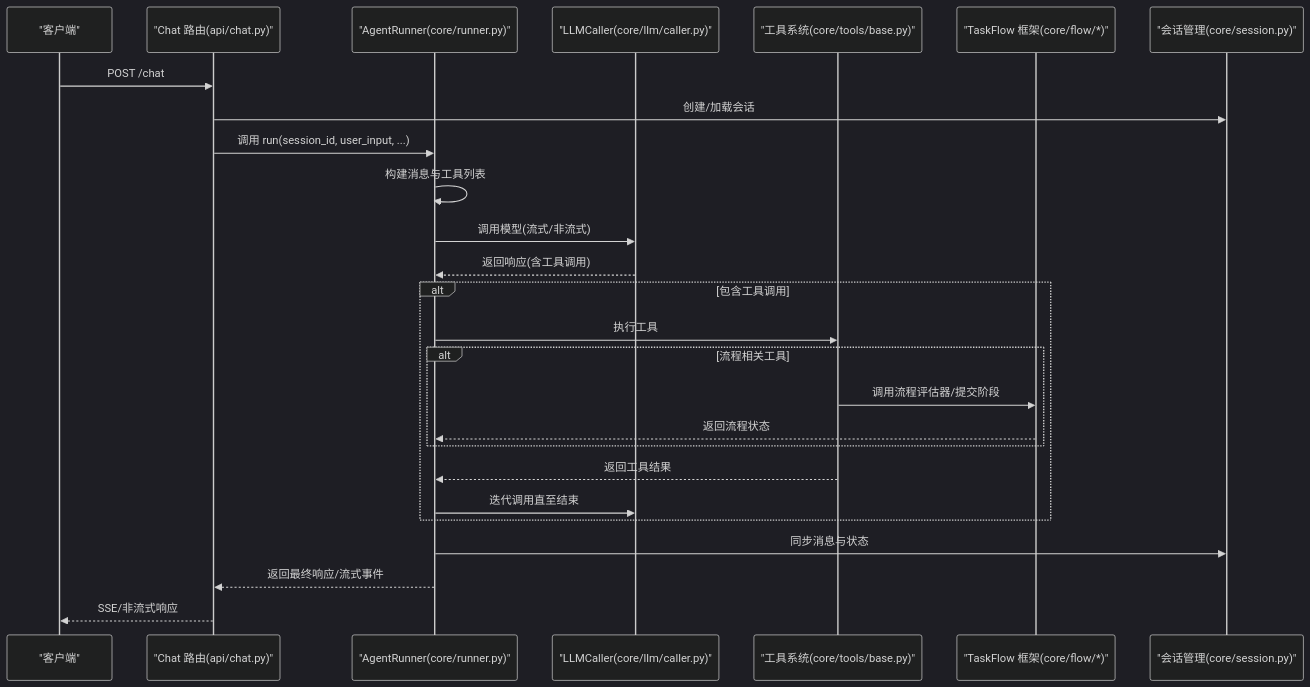
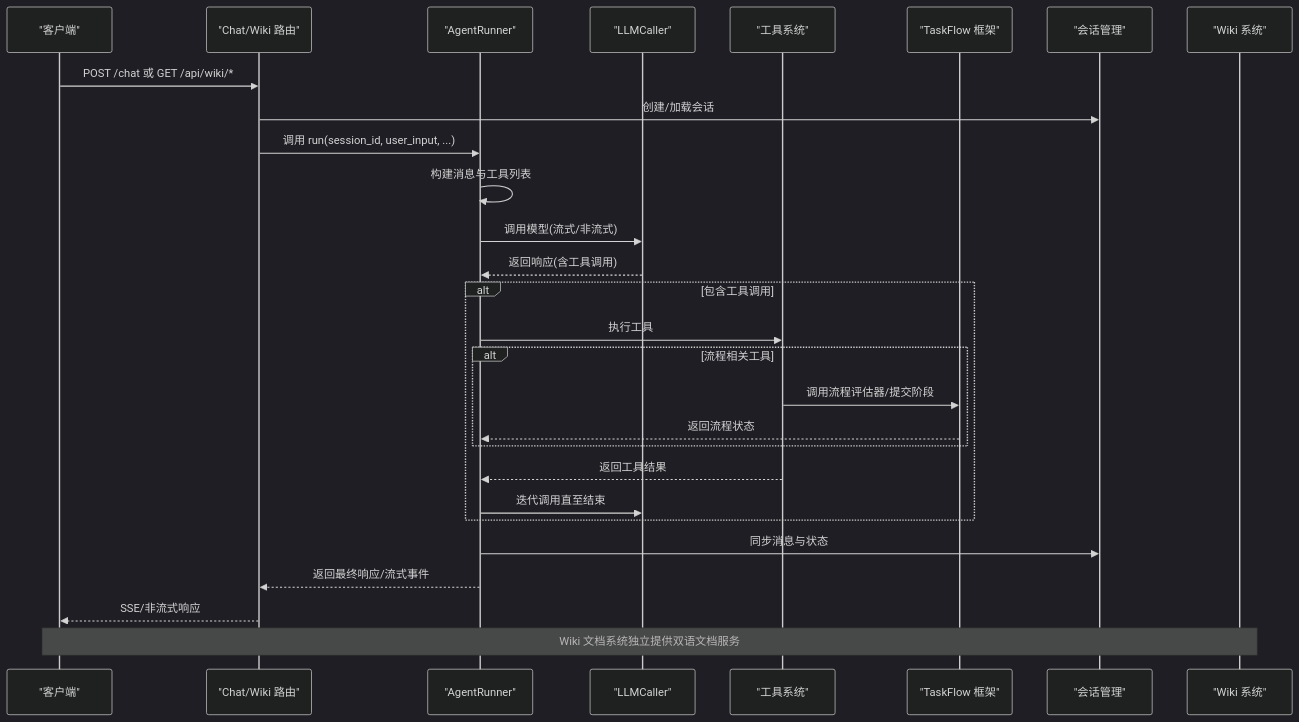
The second of 17 diagrams in repowiki/zh/content/架构设计/架构设计.md (YU-JI-KUI/ark-agentic), drawn with Mermaid (dark theme) before and after one commit. The commit also changed other lines of this file and 10 other files, not shown here.

````diff
--- a/repowiki/zh/content/架构设计/架构设计.md
+++ b/repowiki/zh/content/架构设计/架构设计.md
@@ -213,28 +226,30 @@
 ```mermaid
 sequenceDiagram
 participant Client as "客户端"
-participant API as "Chat 路由(api/chat.py)"
-participant Agent as "AgentRunner(core/runner.py)"
-participant LLM as "LLMCaller(core/llm/caller.py)"
-participant Tools as "工具系统(core/tools/base.py)"
-participant Flow as "TaskFlow 框架(core/flow/*)"
-participant Session as "会话管理(core/session.py)"
-Client->>API : POST /chat
+participant API as "Chat/Wiki 路由"
+participant Agent as "AgentRunner"
+participant LLM as "LLMCaller"
+participant Tools as "工具系统"
+participant Flow as "TaskFlow 框架"
+participant Session as "会话管理"
+participant Wiki as "Wiki 系统"
+Client->>API : POST /chat 或 GET /api/wiki/*
 API->>Session : 创建/加载会话
 API->>Agent : 调用 run(session_id, user_input, ...)
 Agent->>Agent : 构建消息与工具列表
 Agent->>LLM : 调用模型(流式/非流式)
 LLM-->>Agent : 返回响应(含工具调用)
 alt 包含工具调用
 Agent->>Tools : 执行工具
 alt 流程相关工具
 Tools->>Flow : 调用流程评估器/提交阶段
 Flow-->>Agent : 返回流程状态
 end
 Tools-->>Agent : 返回工具结果
 Agent->>LLM : 迭代调用直至结束
 end
 Agent->>Session : 同步消息与状态
 Agent-->>API : 返回最终响应/流式事件
 API-->>Client : SSE/非流式响应
+Note over Wiki,Client : Wiki 文档系统独立提供双语文档服务
 ```
````
